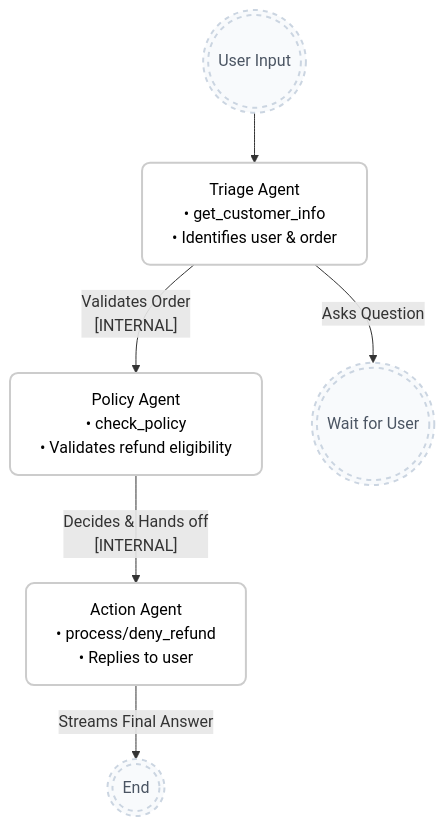
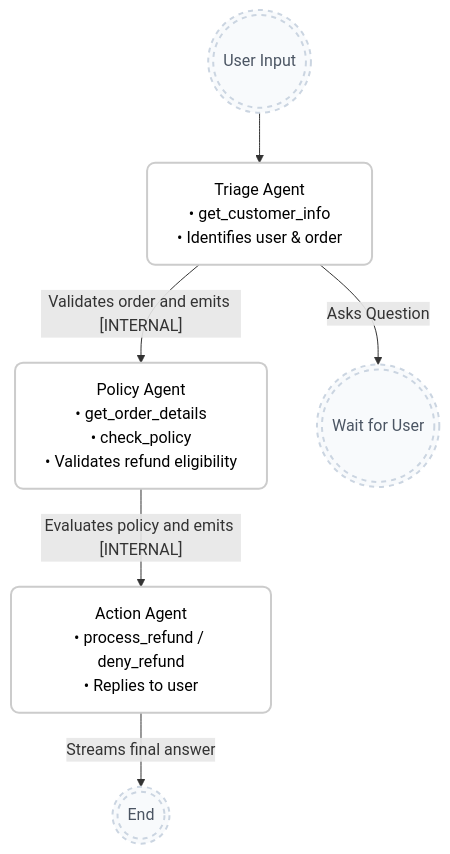
The second of 3 diagrams in system_architecture.md (SasankaPandaSCIT/customer_service_return), drawn with Mermaid before and after one commit. The commit also changed other lines of this file and 7 other files, not shown here.

````diff
--- a/system_architecture.md
+++ b/system_architecture.md
@@ -37,17 +37,17 @@
 ```mermaid
 flowchart TD
     %% Styling customized for a clean presentation (Loopp brand aesthetic)
     classDef worker fill:#ffffff,color:#000000,stroke:#cccccc,stroke-width:2px,rx:8,ry:8
     classDef terminal fill:#f8fafc,color:#4b5563,stroke:#cbd5e1,stroke-width:2px,stroke-dasharray: 5 5,rx:99,ry:99
 
     Start(((User Input))):::terminal --> Triage
     
     Triage["Triage Agent\n• get_customer_info\n• Identifies user & order"]:::worker
-    Policy["Policy Agent\n• check_policy\n• Validates refund eligibility"]:::worker
-    Action["Action Agent\n• process/deny_refund\n• Replies to user"]:::worker
+    Policy["Policy Agent\n• get_order_details\n• check_policy\n• Validates refund eligibility"]:::worker
+    Action["Action Agent\n• process_refund / deny_refund\n• Replies to user"]:::worker
 
     Triage -- "Asks Question" --> End1(((Wait for User))):::terminal
-    Triage -- "Validates Order\n[INTERNAL]" --> Policy
-    Policy -- "Decides & Hands off\n[INTERNAL]" --> Action
-    Action -- "Streams Final Answer" --> End2(((End))):::terminal
+    Triage -- "Validates order and emits [INTERNAL]" --> Policy
+    Policy -- "Evaluates policy and emits [INTERNAL]" --> Action
+    Action -- "Streams final answer" --> End2(((End))):::terminal
 ```
````
